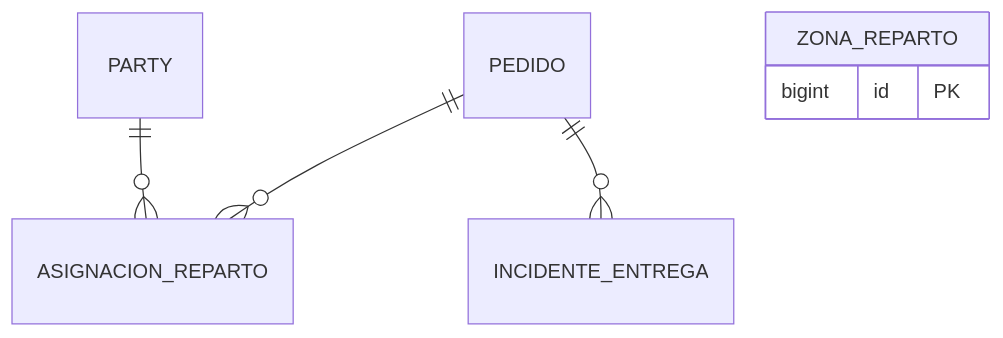
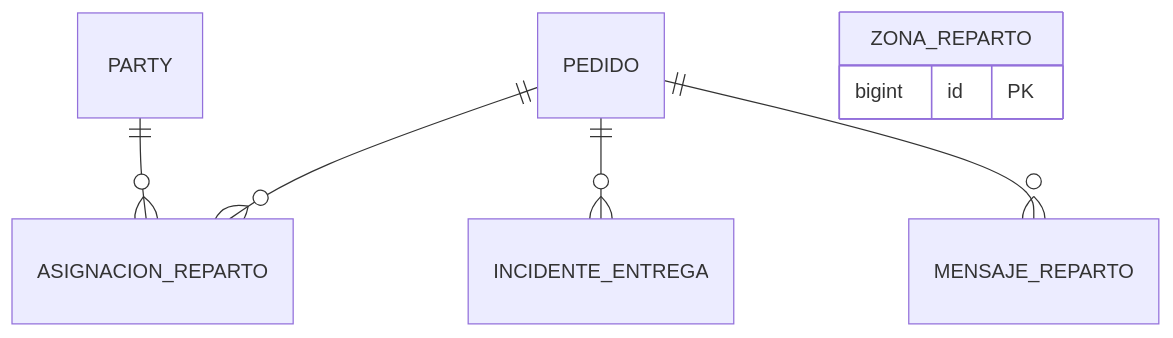
One commit to JoseEM26/caprichos changed the second of 5 diagrams in docs/dor/DOR-FT-DEL-02-reparto-tomar-navegar-y-entregar.md. Above: the diagram before and after it, drawn with Mermaid. The commit also changed other lines of this file and 208 other files, not shown here.

````diff
--- a/docs/dor/DOR-FT-DEL-02-reparto-tomar-navegar-y-entregar.md
+++ b/docs/dor/DOR-FT-DEL-02-reparto-tomar-navegar-y-entregar.md
@@ -88,9 +98,10 @@
 ```mermaid
 erDiagram
   PARTY ||--o{ ASIGNACION_REPARTO : ""
   PEDIDO ||--o{ ASIGNACION_REPARTO : ""
   PEDIDO ||--o{ INCIDENTE_ENTREGA : ""
+  PEDIDO ||--o{ MENSAJE_REPARTO : ""
   ZONA_REPARTO {
     bigint id PK
   }
 ```
````
